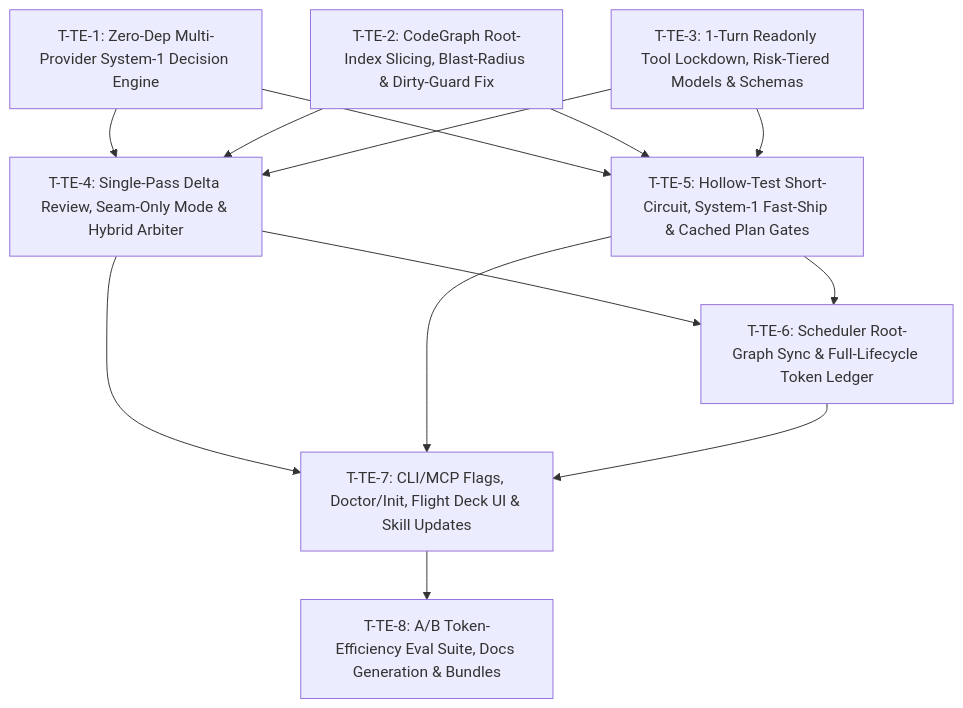
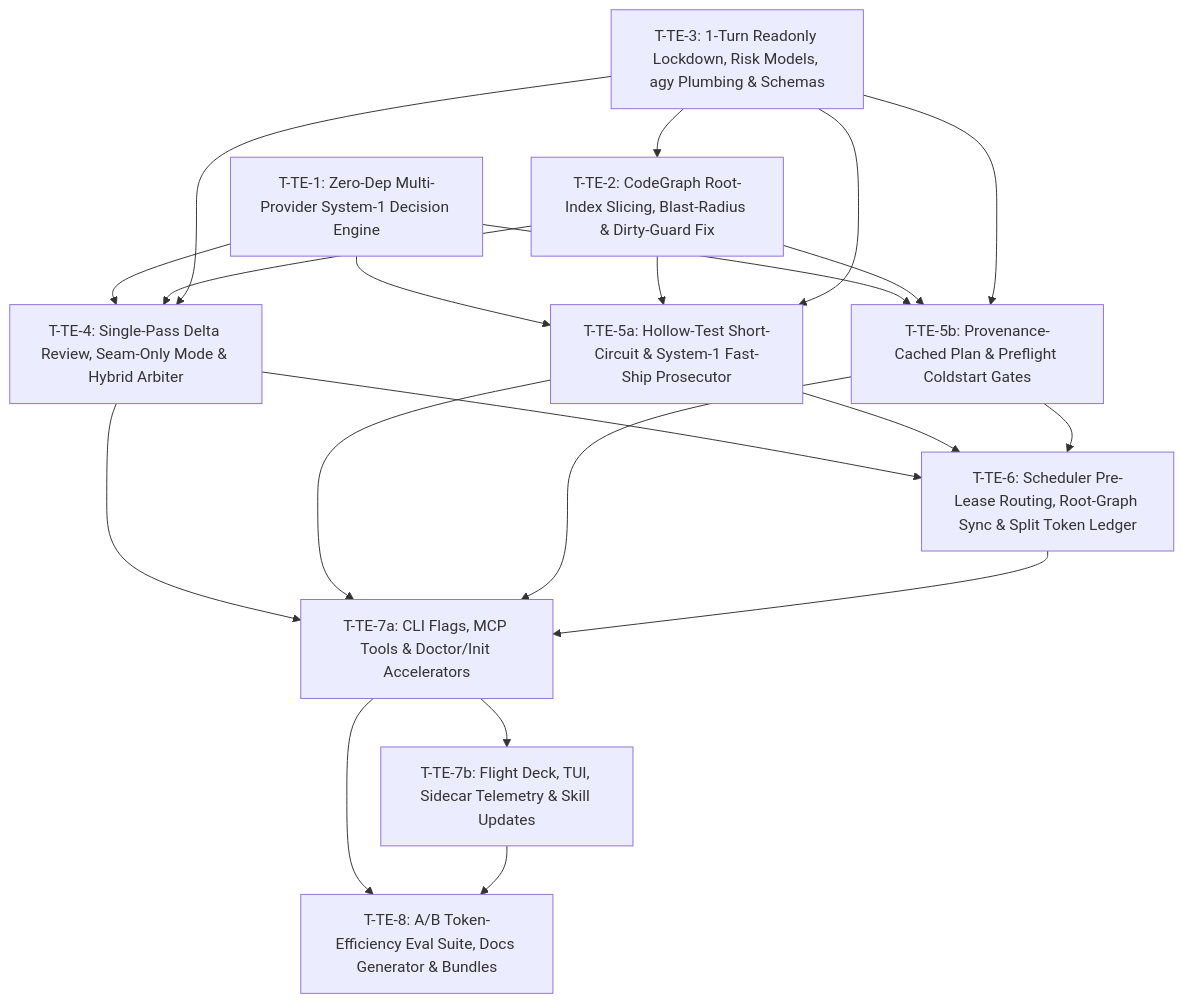
Before and after one commit to voodootikigod/antigravity-booster: the diagram in specs/v2-token-efficiency-spec.md, drawn with Mermaid. The commit also changed other lines of this file and 4 other files, not shown here.

Commit message:
fix(agy): stage macOS Library/Keychains in isolated homes and harden v2.0 token-efficiency spec (T-AGY-KEYCHAIN)

````diff
--- a/specs/v2-token-efficiency-spec.md
+++ b/specs/v2-token-efficiency-spec.md
@@ -43,28 +44,40 @@
 ```mermaid
 graph TD
     TTE1["T-TE-1: Zero-Dep Multi-Provider System-1 Decision Engine"]
     TTE2["T-TE-2: CodeGraph Root-Index Slicing, Blast-Radius & Dirty-Guard Fix"]
-    TTE3["T-TE-3: 1-Turn Readonly Tool Lockdown, Risk-Tiered Models & Schemas"]
+    TTE3["T-TE-3: 1-Turn Readonly Lockdown, Risk Models, agy Plumbing & Schemas"]
     TTE4["T-TE-4: Single-Pass Delta Review, Seam-Only Mode & Hybrid Arbiter"]
-    TTE5["T-TE-5: Hollow-Test Short-Circuit, System-1 Fast-Ship & Cached Plan Gates"]
-    TTE6["T-TE-6: Scheduler Root-Graph Sync & Full-Lifecycle Token Ledger"]
-    TTE7["T-TE-7: CLI/MCP Flags, Doctor/Init, Flight Deck UI & Skill Updates"]
-    TTE8["T-TE-8: A/B Token-Efficiency Eval Suite, Docs Generation & Bundles"]
+    TTE5A["T-TE-5a: Hollow-Test Short-Circuit & System-1 Fast-Ship Prosecutor"]
+    TTE5B["T-TE-5b: Provenance-Cached Plan & Preflight Coldstart Gates"]
+    TTE6["T-TE-6: Scheduler Pre-Lease Routing, Root-Graph Sync & Split Token Ledger"]
+    TTE7A["T-TE-7a: CLI Flags, MCP Tools & Doctor/Init Accelerators"]
+    TTE7B["T-TE-7b: Flight Deck, TUI, Sidecar Telemetry & Skill Updates"]
+    TTE8["T-TE-8: A/B Token-Efficiency Eval Suite, Docs Generator & Bundles"]
 
     TTE1 --> TTE4
     TTE2 --> TTE4
+    TTE3 --> TTE2
     TTE3 --> TTE4
 
-    TTE1 --> TTE5
-    TTE2 --> TTE5
-    TTE3 --> TTE5
+    TTE1 --> TTE5A
+    TTE2 --> TTE5A
+    TTE3 --> TTE5A
+
+    TTE1 --> TTE5B
+    TTE2 --> TTE5B
+    TTE3 --> TTE5B
 
     TTE4 --> TTE6
-    TTE5 --> TTE6
+    TTE5A --> TTE6
+    TTE5B --> TTE6
 
-    TTE4 --> TTE7
-    TTE5 --> TTE7
-    TTE6 --> TTE7
+    TTE4 --> TTE7A
+    TTE5A --> TTE7A
+    TTE5B --> TTE7A
+    TTE6 --> TTE7A
 
-    TTE7 --> TTE8
+    TTE7A --> TTE7B
+
+    TTE7A --> TTE8
+    TTE7B --> TTE8
 ```
````
